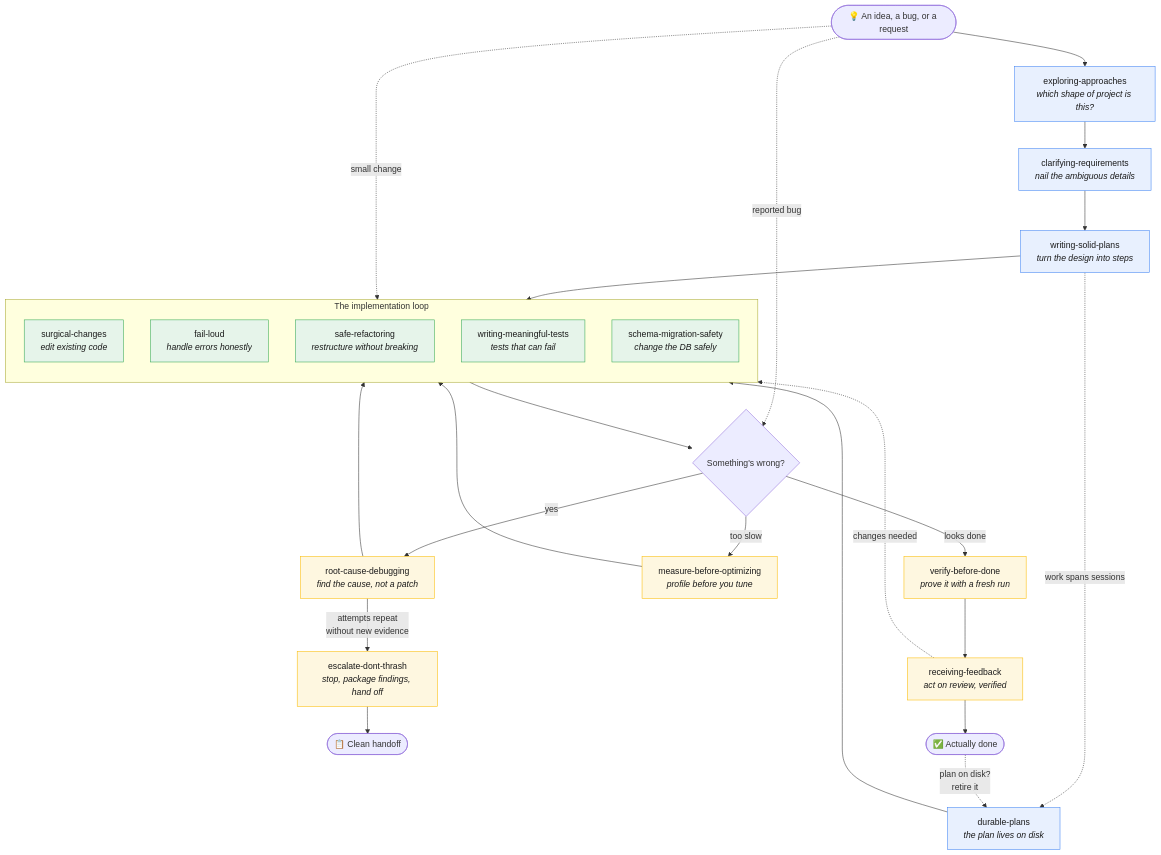
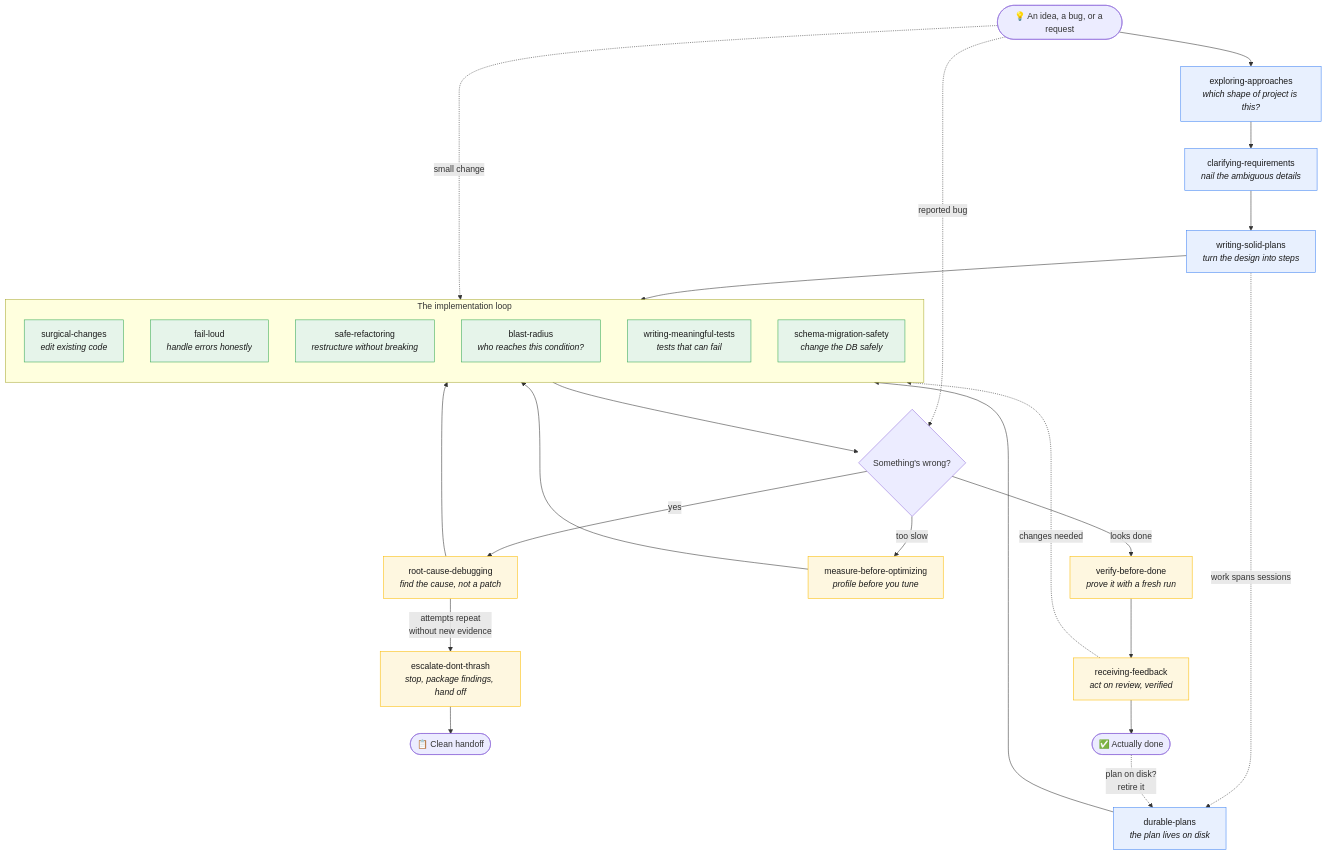
The diagram in README.md (yuchi-chang/no-cape), drawn with Mermaid before and after one commit. The commit also changed other lines of this file and 6 other files, not shown here.

First line of the commit message:
feat: add blast-radius skill for changing conditions live code already reaches

````diff
--- a/README.md
+++ b/README.md
@@ -36,44 +37,45 @@
 ```mermaid
 flowchart TD
     Idea([💡 An idea, a bug, or a request])
 
     Idea --> Explore[exploring-approaches<br/><i>which shape of project is this?</i>]
     Explore --> Clarify[clarifying-requirements<br/><i>nail the ambiguous details</i>]
     Clarify --> Plan[writing-solid-plans<br/><i>turn the design into steps</i>]
 
     Plan --> Loop
     Plan -.->|work spans sessions| Durable[durable-plans<br/><i>the plan lives on disk</i>]
     Durable --> Loop
     Idea -.->|small change| Loop
 
     subgraph Loop ["The implementation loop"]
         direction TB
         Surgical[surgical-changes<br/><i>edit existing code</i>]
         FailLoud[fail-loud<br/><i>handle errors honestly</i>]
         Refactor[safe-refactoring<br/><i>restructure without breaking</i>]
+        Blast[blast-radius<br/><i>who reaches this condition?</i>]
         Tests[writing-meaningful-tests<br/><i>tests that can fail</i>]
         Schema[schema-migration-safety<br/><i>change the DB safely</i>]
     end
 
     Loop --> Debug{Something's wrong?}
     Idea -.->|reported bug| Debug
     Debug -->|yes| RCD[root-cause-debugging<br/><i>find the cause, not a patch</i>]
     RCD --> Loop
     RCD -->|attempts repeat<br/>without new evidence| Esc[escalate-dont-thrash<br/><i>stop, package findings, hand off</i>]
     Esc --> Handoff([📋 Clean handoff])
     Debug -->|too slow| Measure[measure-before-optimizing<br/><i>profile before you tune</i>]
     Measure --> Loop
 
     Debug -->|looks done| Verify[verify-before-done<br/><i>prove it with a fresh run</i>]
     Verify --> Feedback[receiving-feedback<br/><i>act on review, verified</i>]
     Feedback -.->|changes needed| Loop
     Feedback --> Done([✅ Actually done])
     Done -.->|plan on disk?<br/>retire it| Durable
 
     classDef front fill:#e8f0fe,stroke:#4285f4,color:#1a1a1a;
     classDef impl fill:#e6f4ea,stroke:#34a853,color:#1a1a1a;
     classDef check fill:#fef7e0,stroke:#fbbc04,color:#1a1a1a;
     class Explore,Clarify,Plan,Durable front;
-    class Surgical,FailLoud,Refactor,Tests,Schema impl;
+    class Surgical,FailLoud,Refactor,Blast,Tests,Schema impl;
     class RCD,Esc,Measure,Verify,Feedback check;
 ```
````
